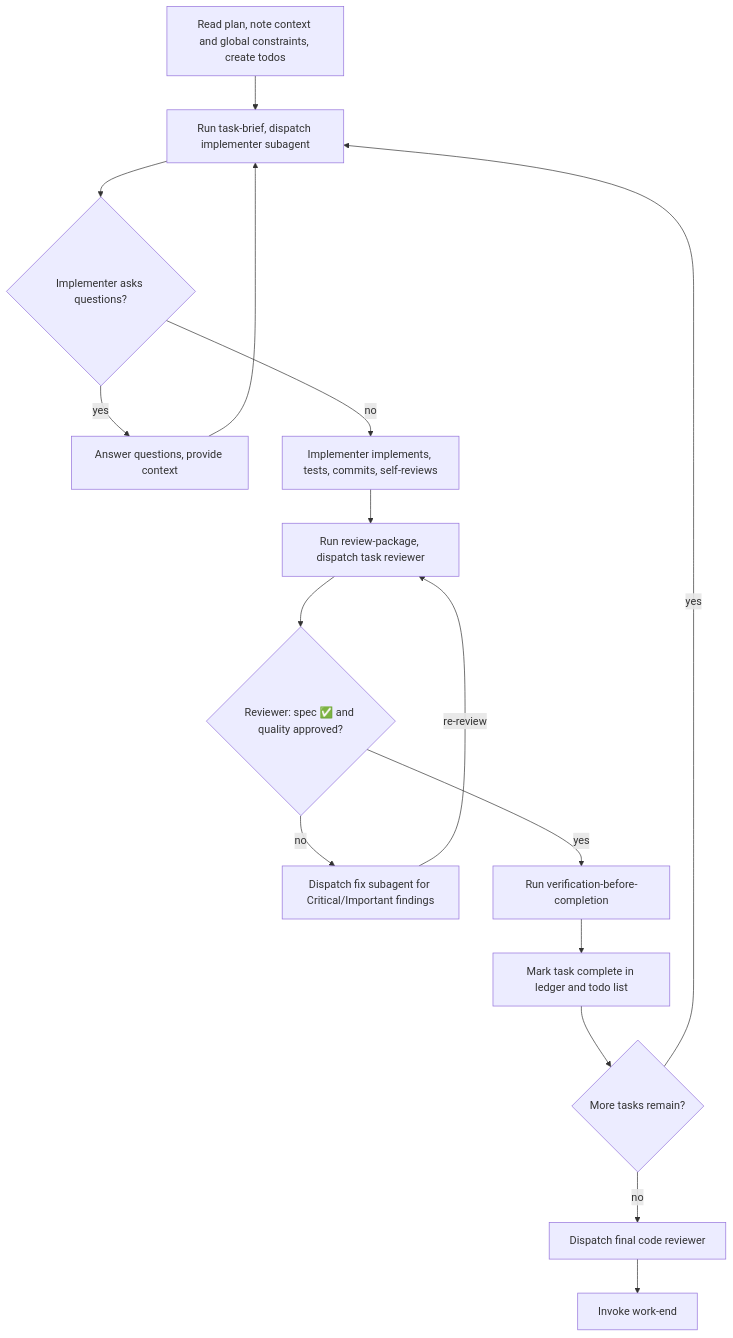
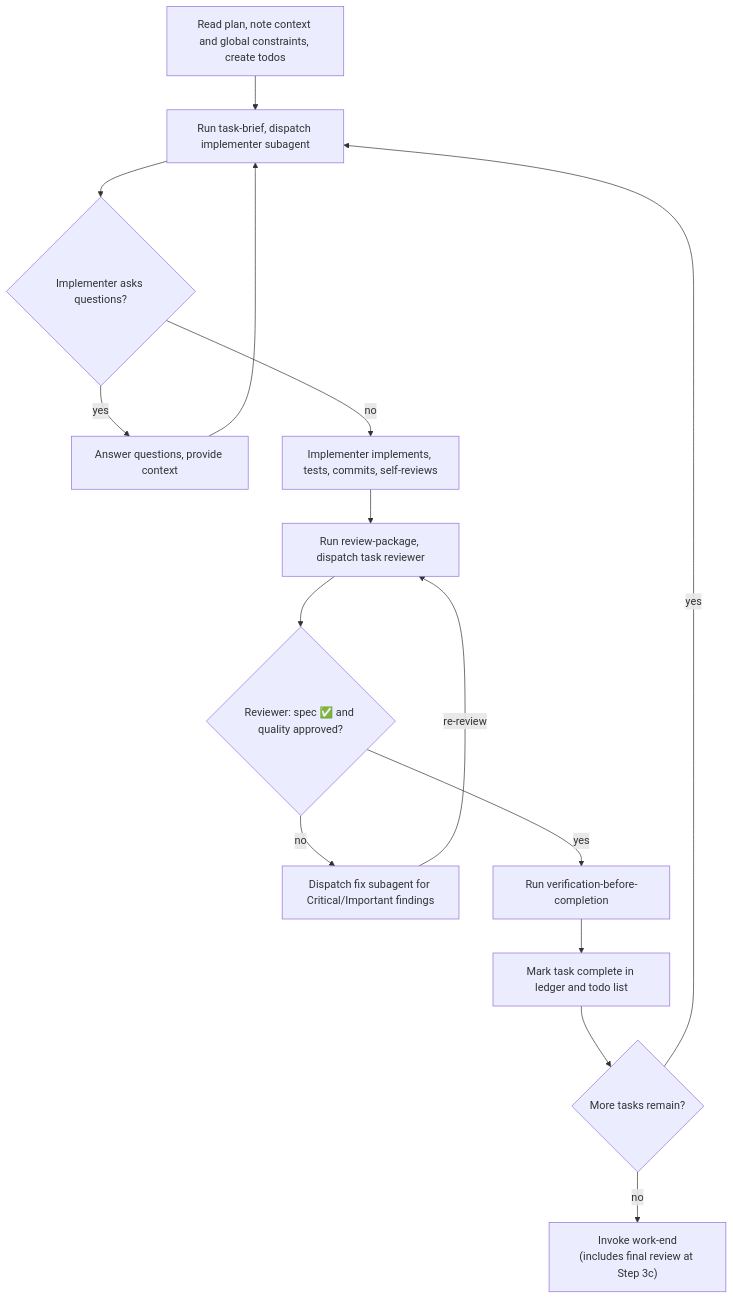
One commit to Hortora/soredium changed the second of 2 diagrams in subagent-driven-development/SKILL.md. Above: the diagram before and after it, drawn with Mermaid. The commit also changed other lines of this file and 4 other files, not shown here.

````diff
--- a/subagent-driven-development/SKILL.md
+++ b/subagent-driven-development/SKILL.md
@@ -62,32 +62,30 @@
 ```mermaid
 flowchart TD
     PLAN["Read plan, note context and global constraints, create todos"]
     BRIEF["Run task-brief, dispatch implementer subagent"]
     QUESTIONS{"Implementer asks questions?"}
     ANSWER["Answer questions, provide context"]
     IMPLEMENT["Implementer implements, tests, commits, self-reviews"]
     REVIEW["Run review-package, dispatch task reviewer"]
     APPROVED{"Reviewer: spec ✅ and quality approved?"}
     FIX["Dispatch fix subagent for Critical/Important findings"]
     VBC["Run verification-before-completion"]
     DONE["Mark task complete in ledger and todo list"]
     MORE{"More tasks remain?"}
-    FINAL["Dispatch final code reviewer"]
-    WORKEND["Invoke work-end"]
+    WORKEND["Invoke work-end\n(includes final review at Step 3c)"]
 
     PLAN --> BRIEF
     BRIEF --> QUESTIONS
     QUESTIONS -->|"yes"| ANSWER
     ANSWER --> BRIEF
     QUESTIONS -->|"no"| IMPLEMENT
     IMPLEMENT --> REVIEW
     REVIEW --> APPROVED
     APPROVED -->|"no"| FIX
     FIX -->|"re-review"| REVIEW
     APPROVED -->|"yes"| VBC
     VBC --> DONE
     DONE --> MORE
     MORE -->|"yes"| BRIEF
-    MORE -->|"no"| FINAL
-    FINAL --> WORKEND
+    MORE -->|"no"| WORKEND
 ```
````
